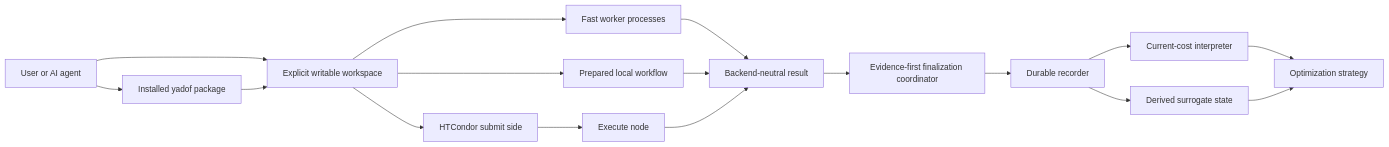
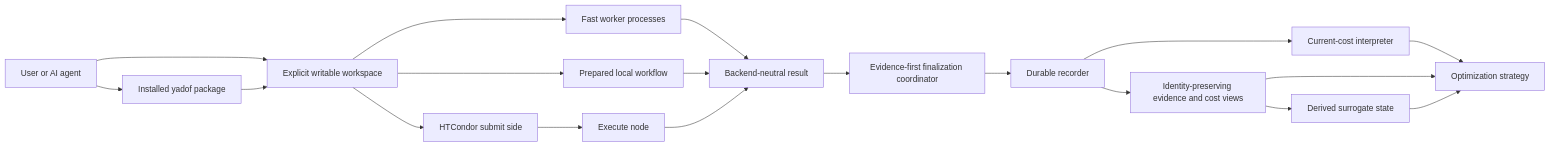
Before and after one commit to YS-Pan/yadof: the diagram in dev_doc/architecture/c4_container.md, drawn with Mermaid. The commit also changed other lines of this file and 27 other files, not shown here.

Commit message:
Add identity-preserving evidence cost views

````diff
--- a/dev_doc/architecture/c4_container.md
+++ b/dev_doc/architecture/c4_container.md
@@ -3,19 +3,21 @@
 ```mermaid
 flowchart LR
     User["User or AI agent"] --> Package["Installed yadof package"]
     User --> Workspace["Explicit writable workspace"]
     Package --> Workspace
     Workspace --> Fast["Fast worker processes"]
     Workspace --> Local["Prepared local workflow"]
     Workspace --> Submit["HTCondor submit side"]
     Submit --> Execute["Execute node"]
     Fast --> Result["Backend-neutral result"]
     Local --> Result
     Execute --> Result
     Result --> Finalizer["Evidence-first finalization coordinator"]
     Finalizer --> Records["Durable recorder"]
     Records --> Cost["Current-cost interpreter"]
     Cost --> Strategy["Optimization strategy"]
-    Records --> Surrogate["Derived surrogate state"]
+    Records --> Views["Identity-preserving evidence and cost views"]
+    Views --> Strategy
+    Views --> Surrogate["Derived surrogate state"]
     Surrogate --> Strategy
 ```
````
